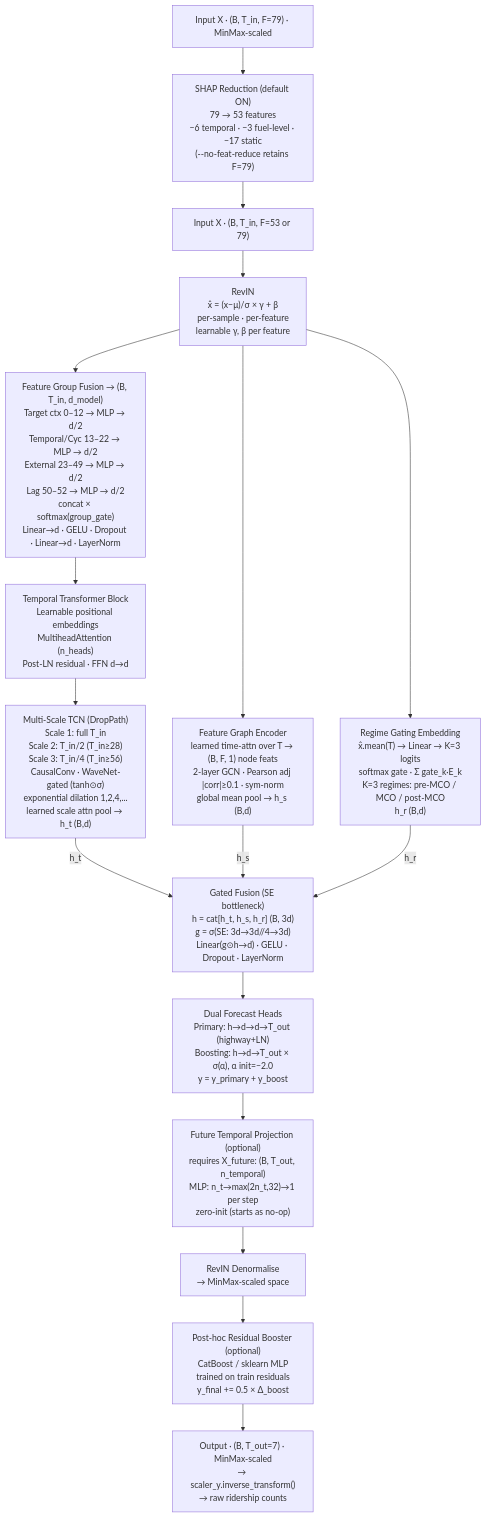
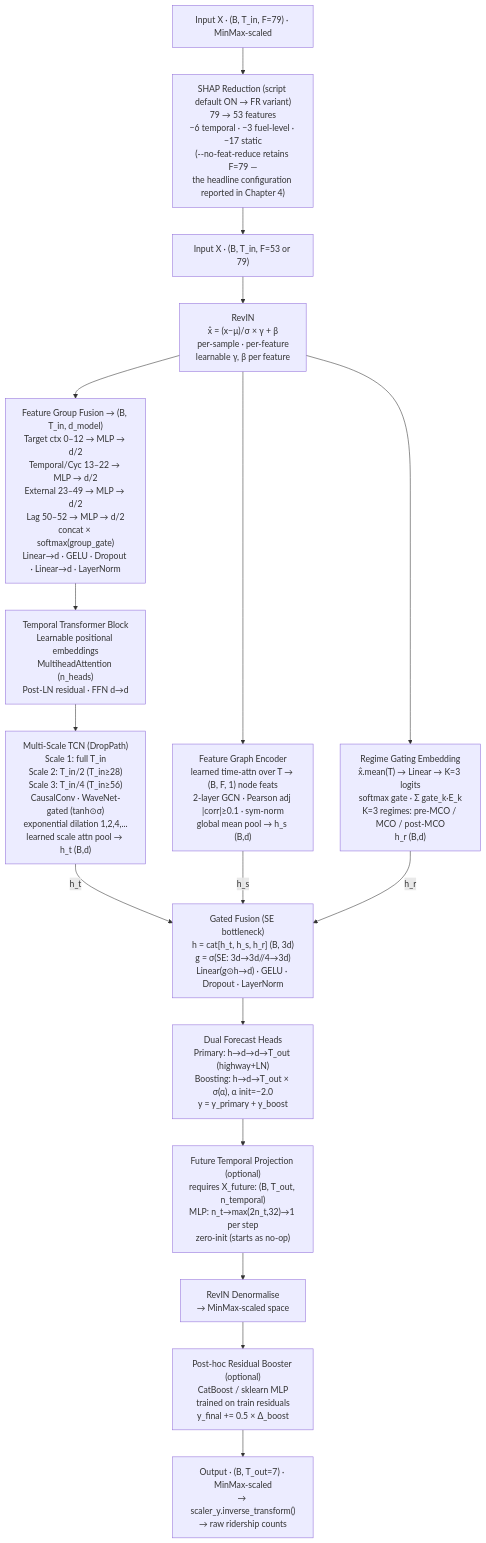
One commit to NightfuryEquinn/Ridership changed diagram 17 of 17 in src/models/MODEL.md. Above: the diagram before and after it, drawn with Mermaid. The commit also changed other lines of this file and 3 other files, not shown here.

````diff
--- a/src/models/MODEL.md
+++ b/src/models/MODEL.md
@@ -1050,35 +1050,35 @@
 ```mermaid
 flowchart TD
     IN79["Input X · (B, T_in, F=79) · MinMax-scaled"]
-    SHAP["SHAP Reduction (default ON)\n79 → 53 features\n−6 temporal · −3 fuel-level · −17 static\n(--no-feat-reduce retains F=79)"]
+    SHAP["SHAP Reduction (script default ON → FR variant)\n79 → 53 features\n−6 temporal · −3 fuel-level · −17 static\n(--no-feat-reduce retains F=79 —\nthe headline configuration reported in Chapter 4)"]
     IN53["Input X · (B, T_in, F=53 or 79)"]
     REVIN["RevIN\nx̂ = (x−μ)/σ × γ + β\nper-sample · per-feature\nlearnable γ, β per feature"]
 
     FGF["Feature Group Fusion → (B, T_in, d_model)\nTarget ctx 0–12 → MLP → d/2\nTemporal/Cyc 13–22 → MLP → d/2\nExternal 23–49 → MLP → d/2\nLag 50–52 → MLP → d/2\nconcat × softmax(group_gate)\nLinear→d · GELU · Dropout · Linear→d · LayerNorm"]
 
     TTB["Temporal Transformer Block\nLearnable positional embeddings\nMultiheadAttention (n_heads)\nPost-LN residual · FFN d→d"]
 
     TCN["Multi-Scale TCN (DropPath)\nScale 1: full T_in\nScale 2: T_in/2 (T_in≥28)\nScale 3: T_in/4 (T_in≥56)\nCausalConv · WaveNet-gated (tanh⊙σ)\nexponential dilation 1,2,4,...\nlearned scale attn pool → h_t (B,d)"]
 
     GCN["Feature Graph Encoder\nlearned time-attn over T → (B, F, 1) node feats\n2-layer GCN · Pearson adj |corr|≥0.1 · sym-norm\nglobal mean pool → h_s (B,d)"]
 
     RGE["Regime Gating Embedding\nx̂.mean(T) → Linear → K=3 logits\nsoftmax gate · Σ gate_k·E_k\nK=3 regimes: pre-MCO / MCO / post-MCO\nh_r (B,d)"]
 
     GF["Gated Fusion (SE bottleneck)\nh = cat[h_t, h_s, h_r] (B, 3d)\ng = σ(SE: 3d→3d//4→3d)\nLinear(g⊙h→d) · GELU · Dropout · LayerNorm"]
 
     FH["Dual Forecast Heads\nPrimary: h→d→d→T_out (highway+LN)\nBoosting: h→d→T_out × σ(α), α init=−2.0\ny = y_primary + y_boost"]
 
     FTP["Future Temporal Projection (optional)\nrequires X_future: (B, T_out, n_temporal)\nMLP: n_t→max(2n_t,32)→1 per step\nzero-init (starts as no-op)"]
 
     REVIND["RevIN Denormalise\n→ MinMax-scaled space"]
 
     BOOST["Post-hoc Residual Booster (optional)\nCatBoost / sklearn MLP\ntrained on train residuals\ny_final += 0.5 × Δ_boost"]
 
     OUT["Output · (B, T_out=7) · MinMax-scaled\n→ scaler_y.inverse_transform()\n→ raw ridership counts"]
 
     IN79 --> SHAP --> IN53 --> REVIN
     REVIN --> FGF --> TTB --> TCN --> |h_t| GF
     REVIN --> GCN --> |h_s| GF
     REVIN --> RGE --> |h_r| GF
     GF --> FH --> FTP --> REVIND --> BOOST --> OUT
 ```
````
